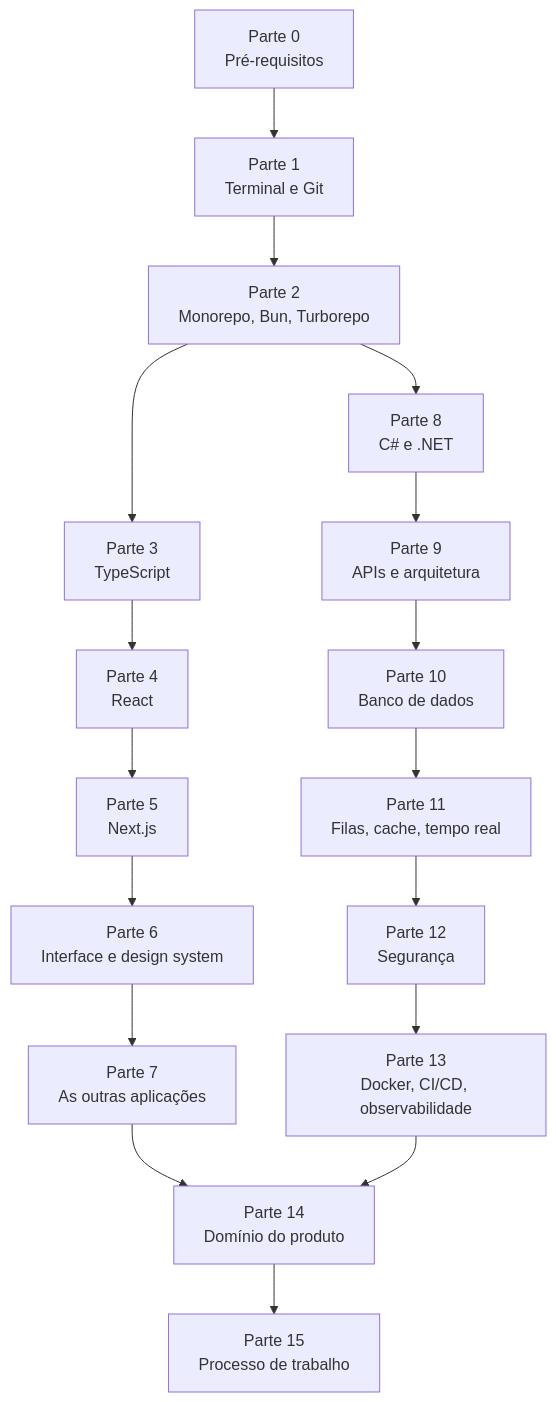
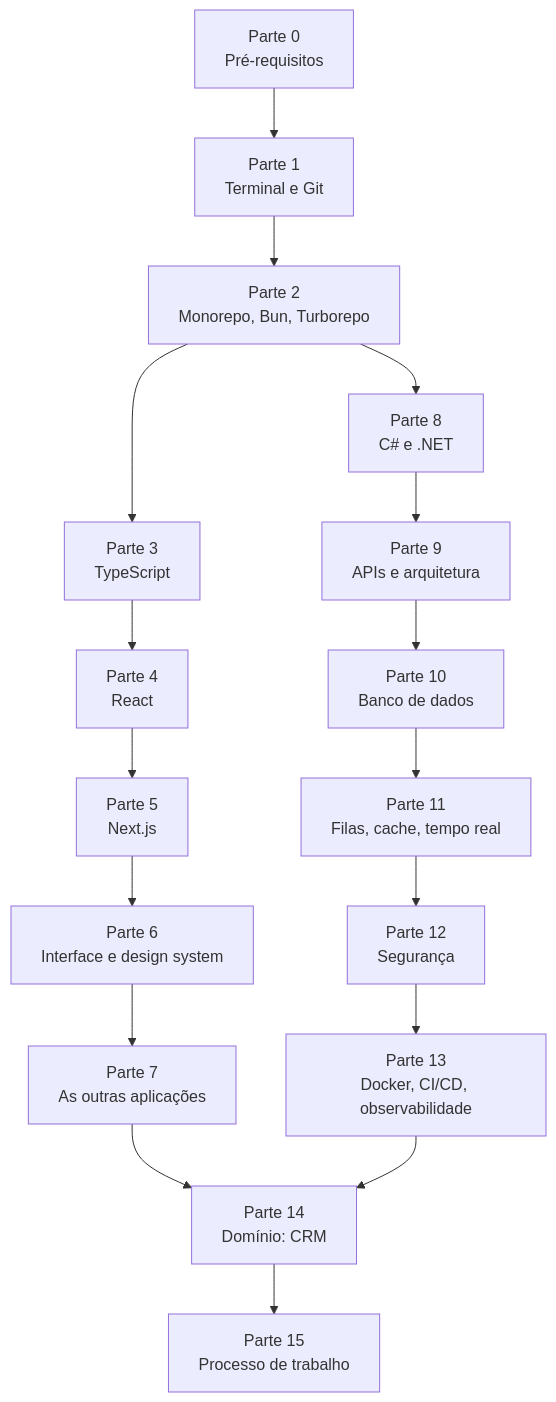
One commit to LucasPedruo/roadmap-de-estudo-fullstack changed the diagram in README.md. Above: the diagram before and after it, drawn with Mermaid. The commit also changed other lines of this file and 1 other file, not shown here.

First line of the commit message:
docs: tornar o roteiro independente de empresa e produto

````diff
--- a/README.md
+++ b/README.md
@@ -58,19 +76,19 @@
 ```mermaid
 flowchart TD
     P0["Parte 0<br/>Pré-requisitos"] --> P1["Parte 1<br/>Terminal e Git"]
     P1 --> P2["Parte 2<br/>Monorepo, Bun, Turborepo"]
     P2 --> P3["Parte 3<br/>TypeScript"]
     P3 --> P4["Parte 4<br/>React"]
     P4 --> P5["Parte 5<br/>Next.js"]
     P5 --> P6["Parte 6<br/>Interface e design system"]
     P6 --> P7["Parte 7<br/>As outras aplicações"]
     P2 --> P8["Parte 8<br/>C# e .NET"]
     P8 --> P9["Parte 9<br/>APIs e arquitetura"]
     P9 --> P10["Parte 10<br/>Banco de dados"]
     P10 --> P11["Parte 11<br/>Filas, cache, tempo real"]
     P11 --> P12["Parte 12<br/>Segurança"]
     P12 --> P13["Parte 13<br/>Docker, CI/CD, observabilidade"]
-    P7 --> P14["Parte 14<br/>Domínio do produto"]
+    P7 --> P14["Parte 14<br/>Domínio: CRM"]
     P13 --> P14
     P14 --> P15["Parte 15<br/>Processo de trabalho"]
 ```
````
